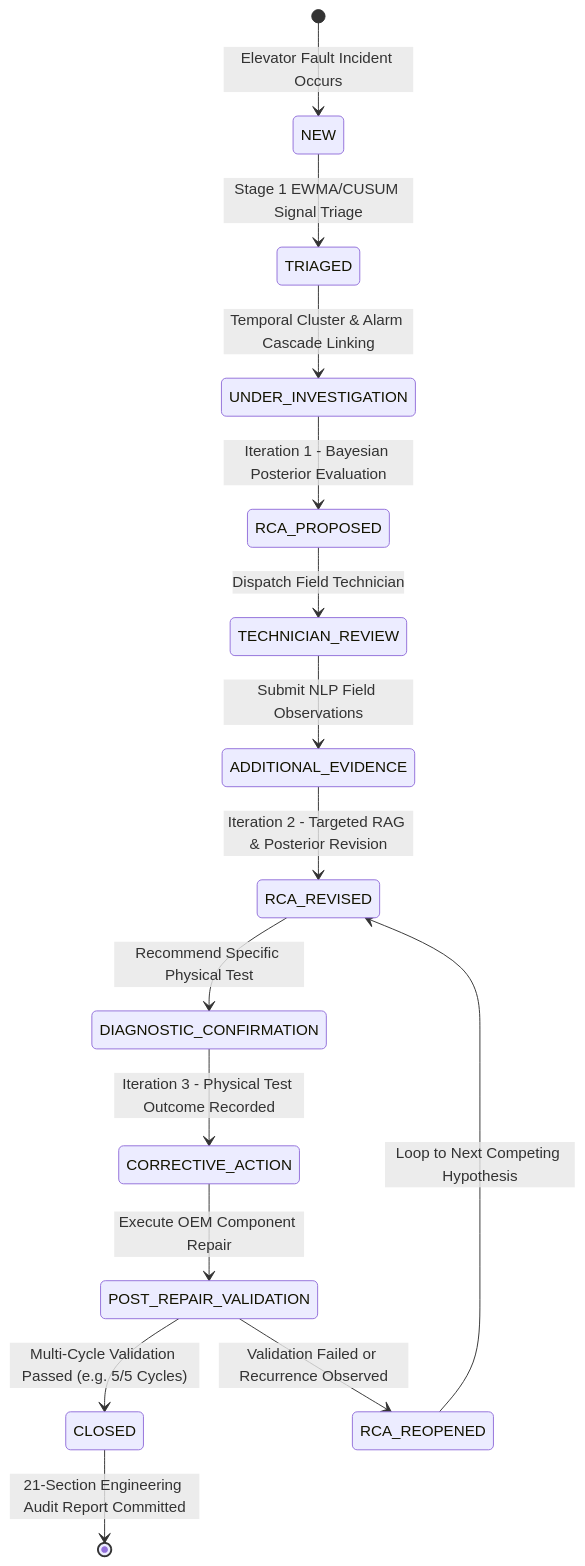
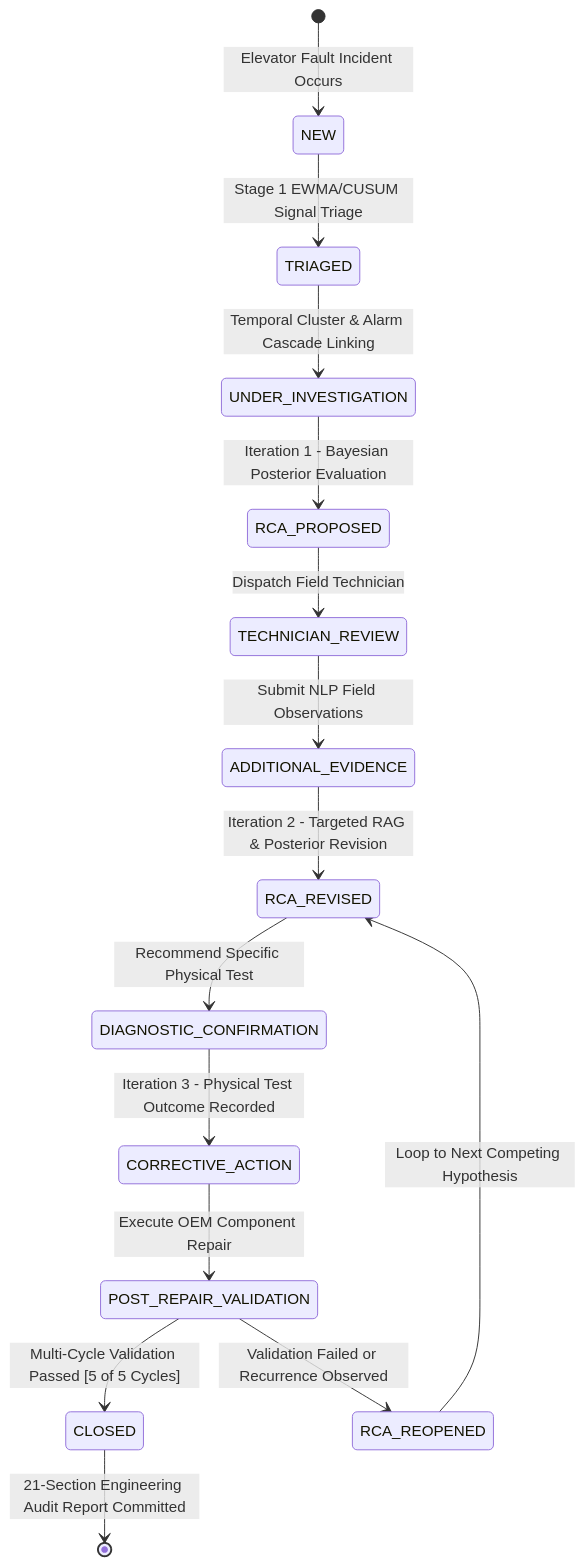
Before and after one commit to Starmann1/ElevateRCA: the fourth of 5 diagrams in README.md, drawn with Mermaid. The commit also changed other lines of this file and 2 other files, not shown here.

Commit message:
docs: fix Mermaid syntax rendering on GitHub and update Figures 6 & 11 with latest closed-loop diagrams

````diff
--- a/README.md
+++ b/README.md
@@ -329,21 +329,21 @@
 ```mermaid
 stateDiagram-v2
     [*] --> NEW: Elevator Fault Incident Occurs
     NEW --> TRIAGED: Stage 1 EWMA/CUSUM Signal Triage
     TRIAGED --> UNDER_INVESTIGATION: Temporal Cluster & Alarm Cascade Linking
     UNDER_INVESTIGATION --> RCA_PROPOSED: Iteration 1 - Bayesian Posterior Evaluation
     
     RCA_PROPOSED --> TECHNICIAN_REVIEW: Dispatch Field Technician
     TECHNICIAN_REVIEW --> ADDITIONAL_EVIDENCE: Submit NLP Field Observations
     ADDITIONAL_EVIDENCE --> RCA_REVISED: Iteration 2 - Targeted RAG & Posterior Revision
     
     RCA_REVISED --> DIAGNOSTIC_CONFIRMATION: Recommend Specific Physical Test
     DIAGNOSTIC_CONFIRMATION --> CORRECTIVE_ACTION: Iteration 3 - Physical Test Outcome Recorded
     
     CORRECTIVE_ACTION --> POST_REPAIR_VALIDATION: Execute OEM Component Repair
-    POST_REPAIR_VALIDATION --> CLOSED: Multi-Cycle Validation Passed (e.g. 5/5 Cycles)
+    POST_REPAIR_VALIDATION --> CLOSED: Multi-Cycle Validation Passed [5 of 5 Cycles]
     POST_REPAIR_VALIDATION --> RCA_REOPENED: Validation Failed or Recurrence Observed
     
     RCA_REOPENED --> RCA_REVISED: Loop to Next Competing Hypothesis
     CLOSED --> [*]: 21-Section Engineering Audit Report Committed
 ```
````
